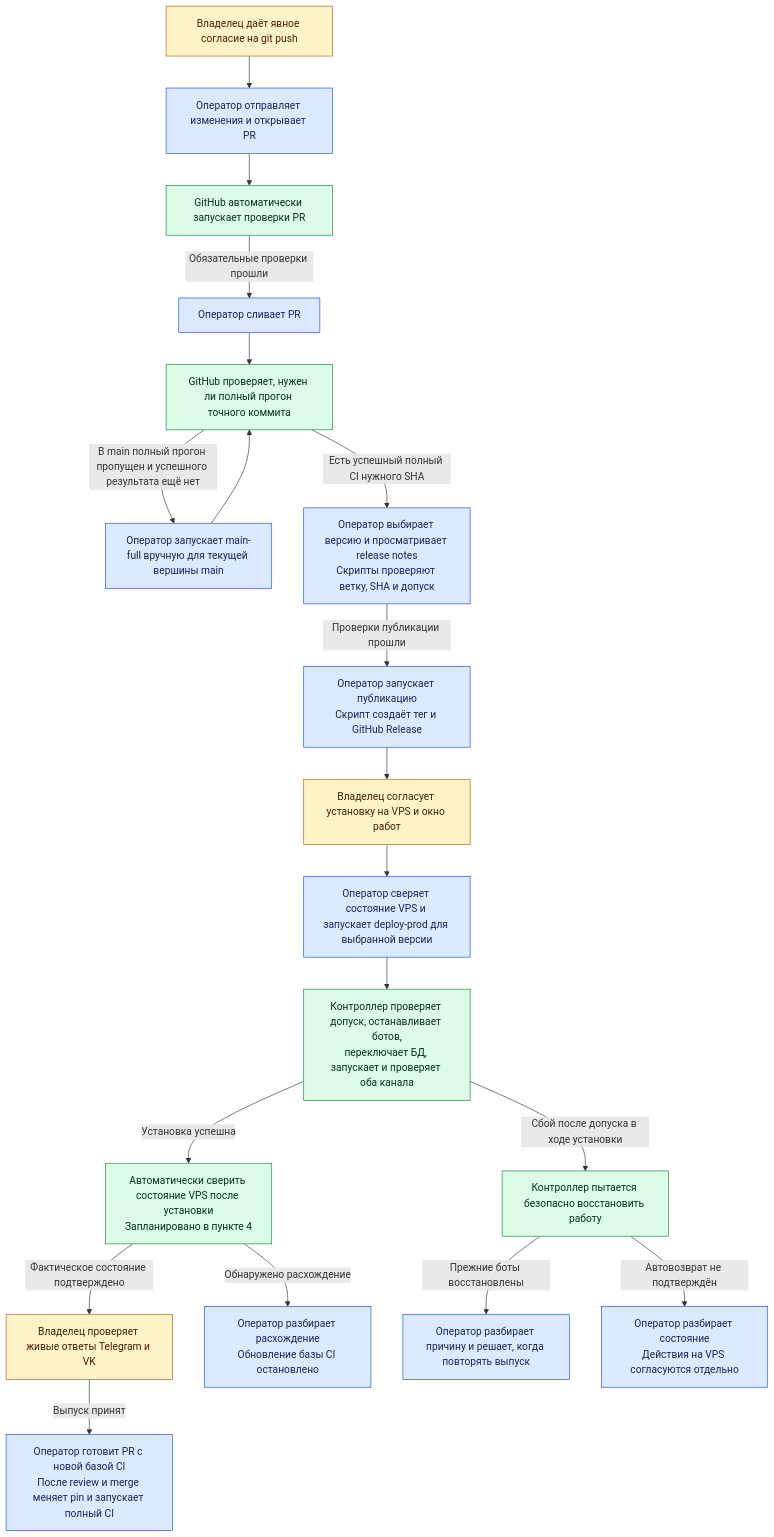
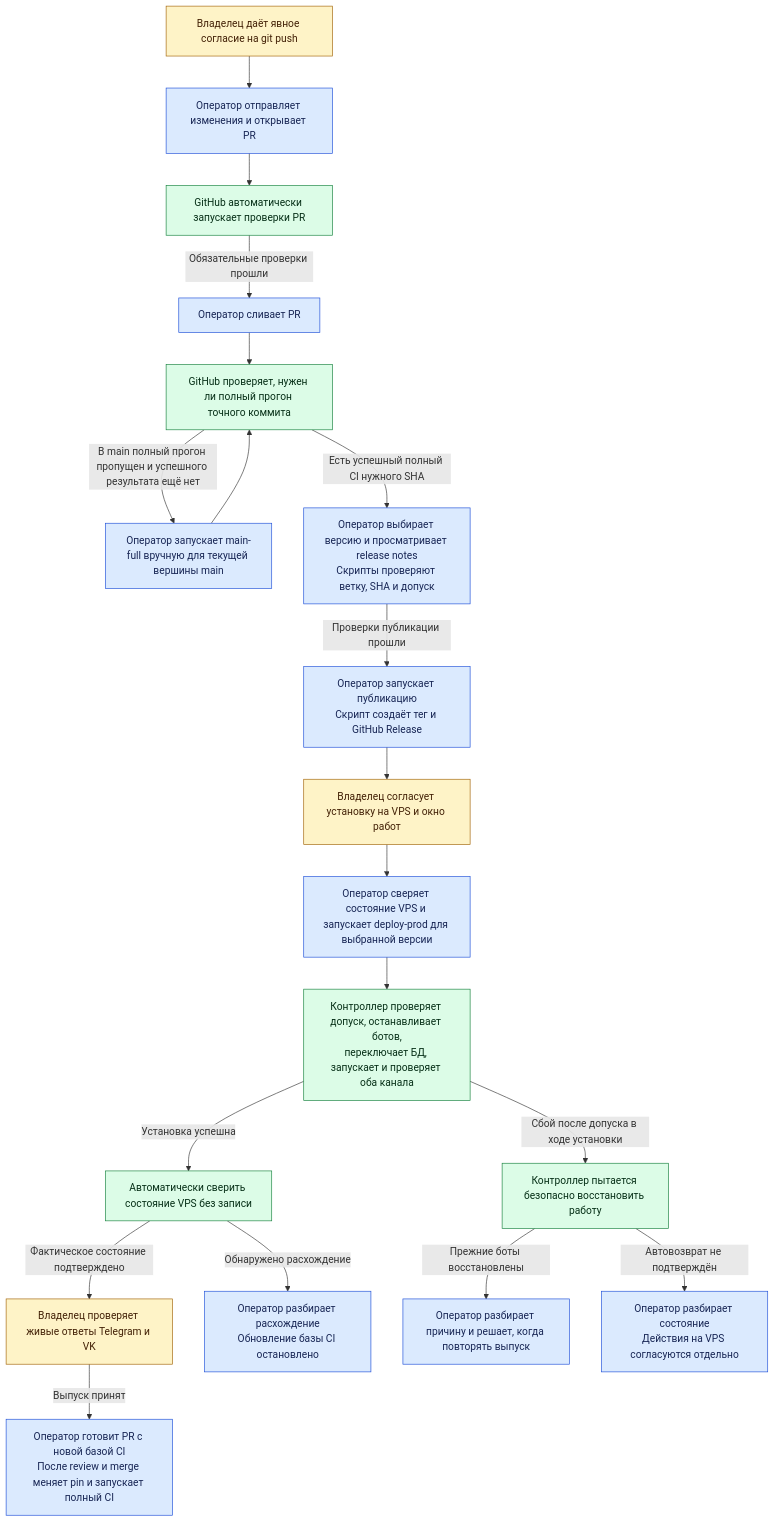
One commit to karateka-git/compadre-assistant changed the first of 6 diagrams in docs/release-ci-admission/CI_AND_DEPLOY.md. Above: the diagram before and after it, drawn with Mermaid. The commit also changed other lines of this file and 8 other files, not shown here.

````diff
--- a/docs/release-ci-admission/CI_AND_DEPLOY.md
+++ b/docs/release-ci-admission/CI_AND_DEPLOY.md
@@ -21,28 +21,28 @@
 ```mermaid
 flowchart TD
     PUSHOK["Владелец даёт явное согласие на git push"] --> PR["Оператор отправляет изменения и открывает PR"]
     PR --> FAST["GitHub автоматически запускает проверки PR"]
     FAST -->|Обязательные проверки прошли| MERGE["Оператор сливает PR"]
     MERGE --> FULL["GitHub проверяет, нужен ли полный прогон точного коммита"]
     FULL -->|В main полный прогон пропущен и успешного результата ещё нет| RUN["Оператор запускает main-full вручную для текущей вершины main"]
     RUN --> FULL
     FULL -->|Есть успешный полный CI нужного SHA| PREP["Оператор выбирает версию и просматривает release notes<br/>Скрипты проверяют ветку, SHA и допуск"]
     PREP -->|Проверки публикации прошли| PUB["Оператор запускает публикацию<br/>Скрипт создаёт тег и GitHub Release"]
     PUB --> WINDOW["Владелец согласует установку на VPS и окно работ"]
     WINDOW --> DEPLOY["Оператор сверяет состояние VPS и запускает deploy-prod для выбранной версии"]
     DEPLOY --> VPS["Контроллер проверяет допуск, останавливает ботов,<br/>переключает БД, запускает и проверяет оба канала"]
-    VPS -->|Установка успешна| VERIFY["Автоматически сверить состояние VPS после установки<br/>Запланировано в пункте 4"]
+    VPS -->|Установка успешна| VERIFY["Автоматически сверить состояние VPS без записи"]
     VERIFY -->|Фактическое состояние подтверждено| LIVE["Владелец проверяет живые ответы Telegram и VK"]
     VERIFY -->|Обнаружено расхождение| MISMATCH["Оператор разбирает расхождение<br/>Обновление базы CI остановлено"]
     LIVE -->|Выпуск принят| BASE["Оператор готовит PR с новой базой CI<br/>После review и merge меняет pin и запускает полный CI"]
     VPS -->|Сбой после допуска в ходе установки| AUTO["Контроллер пытается безопасно восстановить работу"]
     AUTO -->|Прежние боты восстановлены| RETRY["Оператор разбирает причину и решает, когда повторять выпуск"]
     AUTO -->|Автовозврат не подтверждён| MANUAL["Оператор разбирает состояние<br/>Действия на VPS согласуются отдельно"]
 
     classDef owner fill:#fef3c7,stroke:#a16207,color:#422006
     classDef operator fill:#dbeafe,stroke:#1d4ed8,color:#172554
     classDef automatic fill:#dcfce7,stroke:#15803d,color:#052e16
     class PUSHOK,WINDOW,LIVE owner
     class PR,MERGE,RUN,PREP,PUB,DEPLOY,BASE,MISMATCH,RETRY,MANUAL operator
     class FAST,FULL,VPS,VERIFY,AUTO automatic
 ```
````
